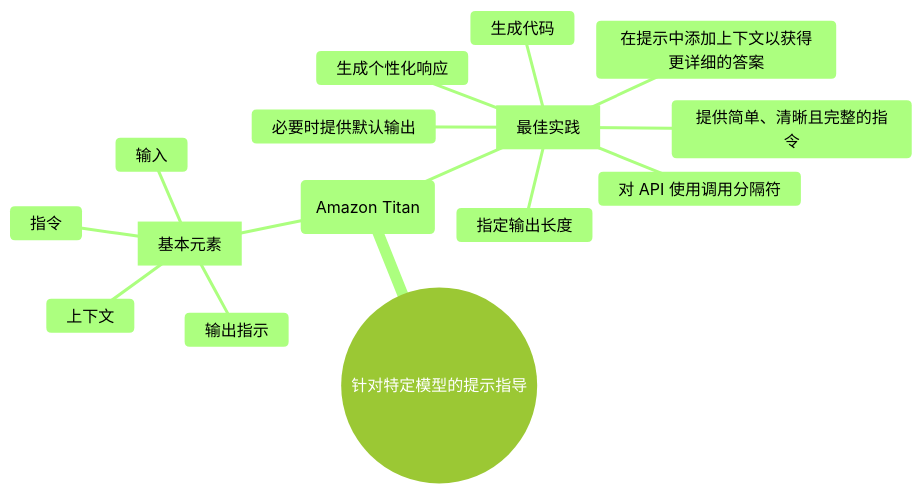
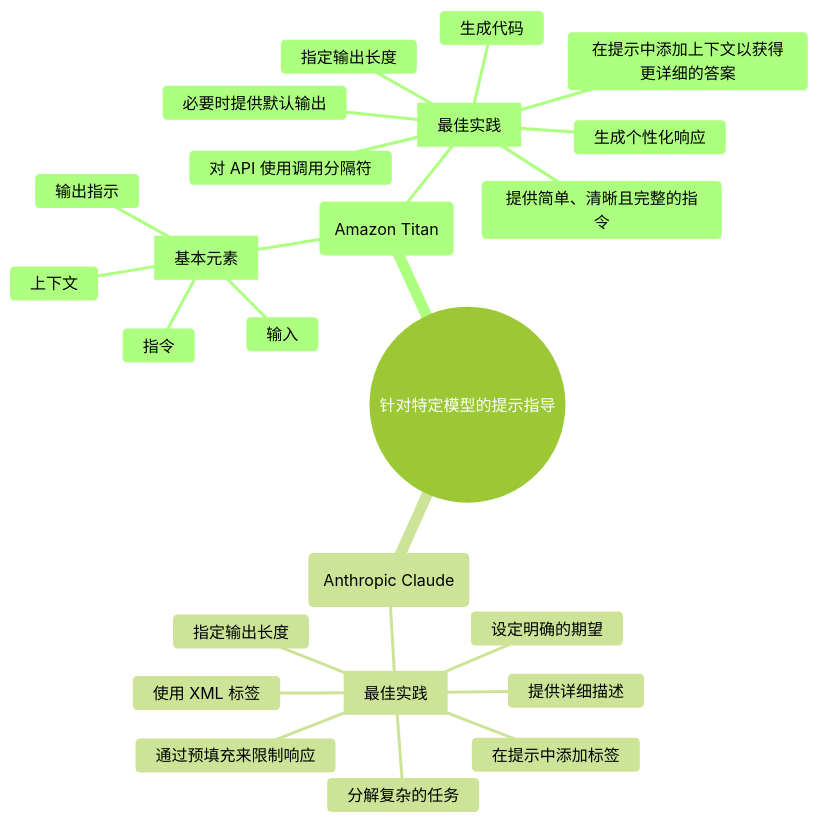
Before and after one commit to ytxmobile98/https-dev.amazoncloud.cn-learn-aitalent: the second of 2 diagrams in 技术研发效能/Module 1 - 如何使用大模型/2. 提示工程基础知识/2.2 提示类型和技术/特定于模型的提示技术.md, drawn with Mermaid (forest theme). The commit also changed other lines of this file, not shown here.

Commit message:
docs: Anthropic Claude

````diff
--- a/技术研发效能/Module 1 - 如何使用大模型/2. 提示工程基础知识/2.2 提示类型和技术/特定于模型的提示技术.md
+++ b/技术研发效能/Module 1 - 如何使用大模型/2. 提示工程基础知识/2.2 提示类型和技术/特定于模型的提示技术.md
@@ -80,18 +97,27 @@
 ```mermaid
 mindmap
 ((针对特定模型的提示指导))
     (Amazon Titan)
         [基本元素]
             指令
             上下文
             输入
             输出指示
         [最佳实践]
             指定输出长度
             提供简单、清晰且完整的指令
             在提示中添加上下文以获得更详细的答案
             必要时提供默认输出
             对 API 使用调用分隔符
             生成个性化响应
             生成代码
+    (Anthropic Claude)
+        [最佳实践]
+            在提示中添加标签
+            提供详细描述
+            通过预填充来限制响应
+            使用 XML 标签
+            指定输出长度
+            设定明确的期望
+            分解复杂的任务
 ```
````
